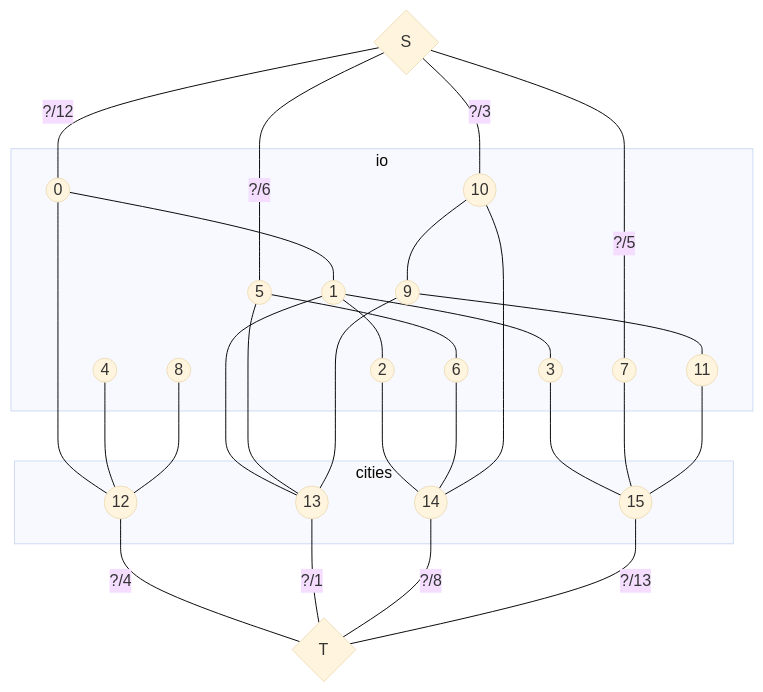
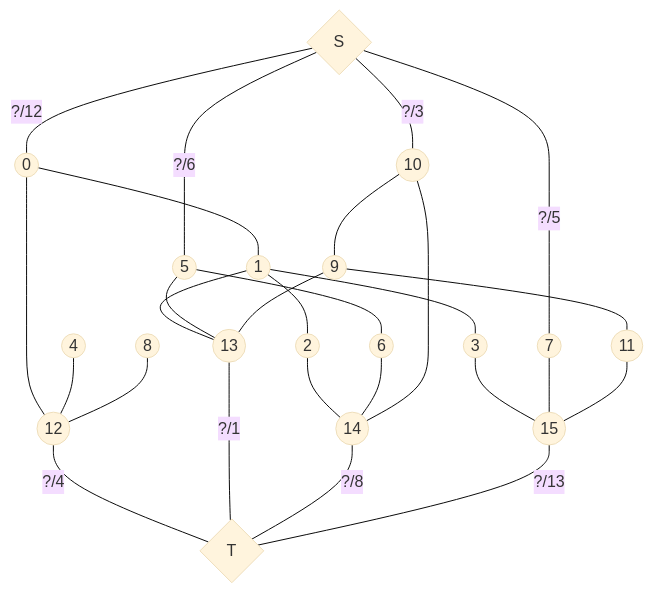
Before and after one commit to bfeitknecht/vault: the third of 3 diagrams in sem2/AuW/UE/cx/bf/cx12-great-harvest.md, drawn with Mermaid (base theme).

Commit message:
backup: 2024-07-02 13:51:00 from MacBook Pro (echo)
Affected files:
sem2/AuW/UE/cx/bf/cx12-great-harvest.md

````diff
--- a/sem2/AuW/UE/cx/bf/cx12-great-harvest.md
+++ b/sem2/AuW/UE/cx/bf/cx12-great-harvest.md
@@ -80,84 +80,60 @@
 ```mermaid
 %%{init: {'flowchart': {'curve': 'basis'}}}%%
 
 flowchart TD
 
 idS{"S"}
 idT{"T"}
 
 %% variety 1
 id1a((0))
 id2a((1))
 id3a((2))
 id4a((3))
 
 %% variety 2
 id1b((4))
 id2b((5))
 id3b((6))
 id4b((7))
 
 %% variety 3
 id1c((8))
 id2c((9))
 id3c((10))
 id4c((11))
 
 %% cities
 id1((12))
 id2((13))
 id3((14))
 id4((15))
   
 
 %%%%%%%%%%%%%%%%%%%%%%%%%%%%%%%%%%%%%%%%%%%%
 
 idS ---|"?/12"| id1a
 idS ---|"?/6"| id2b
 idS ---|"?/3"| id3c
 idS ---|"?/5"| id4b
 
-subgraph io
-	id1a
-	id2a
-	id3a
-	id4a
-	
-	id1b
-	id2b
-	id3b
-	id4b
-	
-	id1c
-	id2c
-	id3c
-	id4c
-end
-
-subgraph cities
-	id1
-	id2
-	id3
-	id4
-end
-
 id1a & id1b & id1c --- id1
 id2a & id2b & id2c --- id2
 id3a & id3b & id3c --- id3
 id4a & id4b & id4c --- id4
 
 id1a --- id2a
 
 id2a --- id3a & id4a
 id2b --- id3b
 id2c --- id4c
 
 id3c --- id2c
 
 id1 ---|"?/4"| idT
 id2 ---|"?/1"| idT
 id3 ---|"?/8"| idT
 id4 ---|"?/13"| idT
 
 
 ```
````
